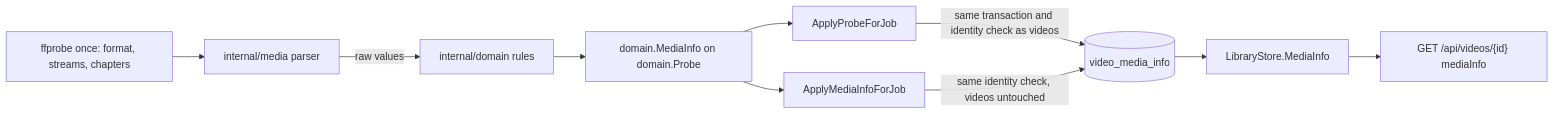
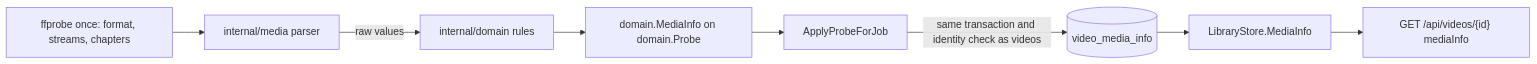
One commit to syudead/vv changed the diagram in docs/design-docs/media-information.md. Above: the diagram before and after it, drawn with Mermaid. The commit also changed other lines of this file and 31 other files, not shown here.

````diff
--- a/docs/design-docs/media-information.md
+++ b/docs/design-docs/media-information.md
@@ -13,12 +13,10 @@
 ```mermaid
 flowchart LR
   ffprobe[ffprobe once: format, streams, chapters] --> parser[internal/media parser]
   parser -->|raw values| rules[internal/domain rules]
   rules --> info[domain.MediaInfo on domain.Probe]
   info --> apply[ApplyProbeForJob]
-  info --> again[ApplyMediaInfoForJob]
   apply -->|same transaction and identity check as videos| row[(video_media_info)]
-  again -->|same identity check, videos untouched| row
   row --> read[LibraryStore.MediaInfo]
   read --> detail["GET /api/videos/{id} mediaInfo"]
 ```
````
